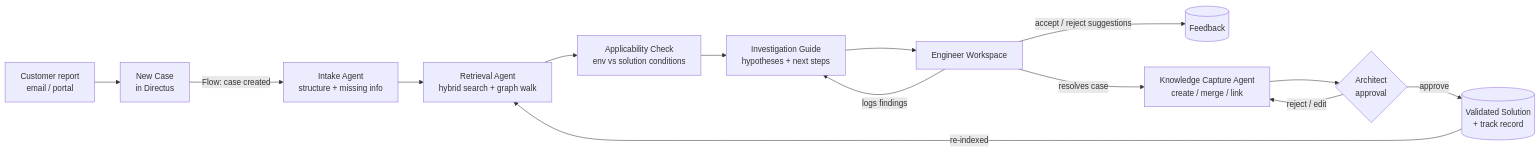
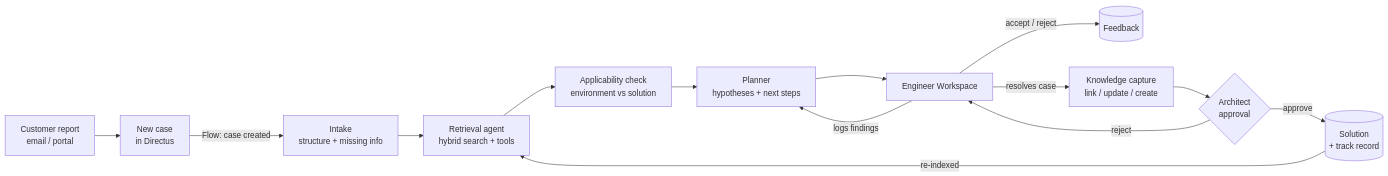
One commit to Maithiliii/viamedici-solution-platform changed the first of 10 diagrams in docs/02-product-implementation.md. Above: the diagram before and after it, drawn with Mermaid. The commit also changed other lines of this file and 2 other files, not shown here.

````diff
--- a/docs/02-product-implementation.md
+++ b/docs/02-product-implementation.md
@@ -51,16 +51,16 @@
 ```mermaid
 flowchart LR
-    A[Customer report<br/>email / portal] --> B[New Case<br/>in Directus]
-    B -->|Flow: case created| C[Intake Agent<br/>structure + missing info]
-    C --> D[Retrieval Agent<br/>hybrid search + graph walk]
-    D --> E[Applicability Check<br/>env vs solution conditions]
-    E --> F[Investigation Guide<br/>hypotheses + next steps]
+    A[Customer report<br/>email / portal] --> B[New case<br/>in Directus]
+    B -->|Flow: case created| C[Intake<br/>structure + missing info]
+    C --> D[Retrieval agent<br/>hybrid search + tools]
+    D --> E[Applicability check<br/>environment vs solution]
+    E --> F[Planner<br/>hypotheses + next steps]
     F --> G[Engineer Workspace]
     G -->|logs findings| F
-    G -->|accept / reject suggestions| H[(Feedback)]
-    G -->|resolves case| I[Knowledge Capture Agent<br/>create / merge / link]
+    G -->|accept / reject| H[(Feedback)]
+    G -->|resolves case| I[Knowledge capture<br/>link / update / create]
     I --> J{Architect<br/>approval}
-    J -->|approve| K[(Validated Solution<br/>+ track record)]
-    J -->|reject / edit| I
+    J -->|approve| K[(Solution<br/>+ track record)]
+    J -->|reject| G
     K -->|re-indexed| D
 ```
````
